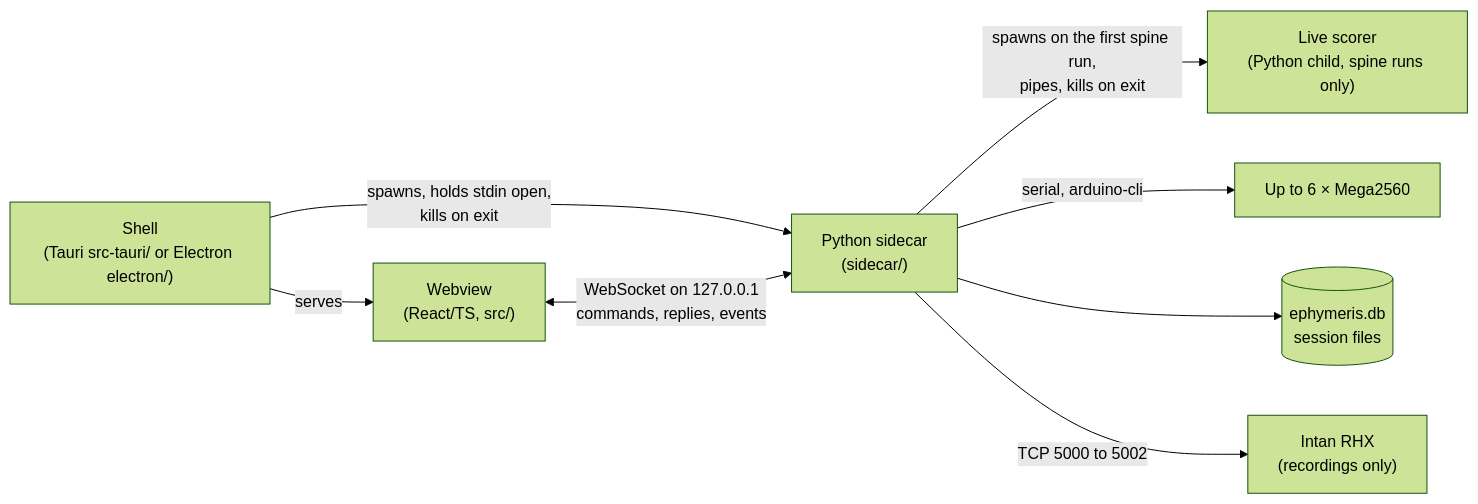
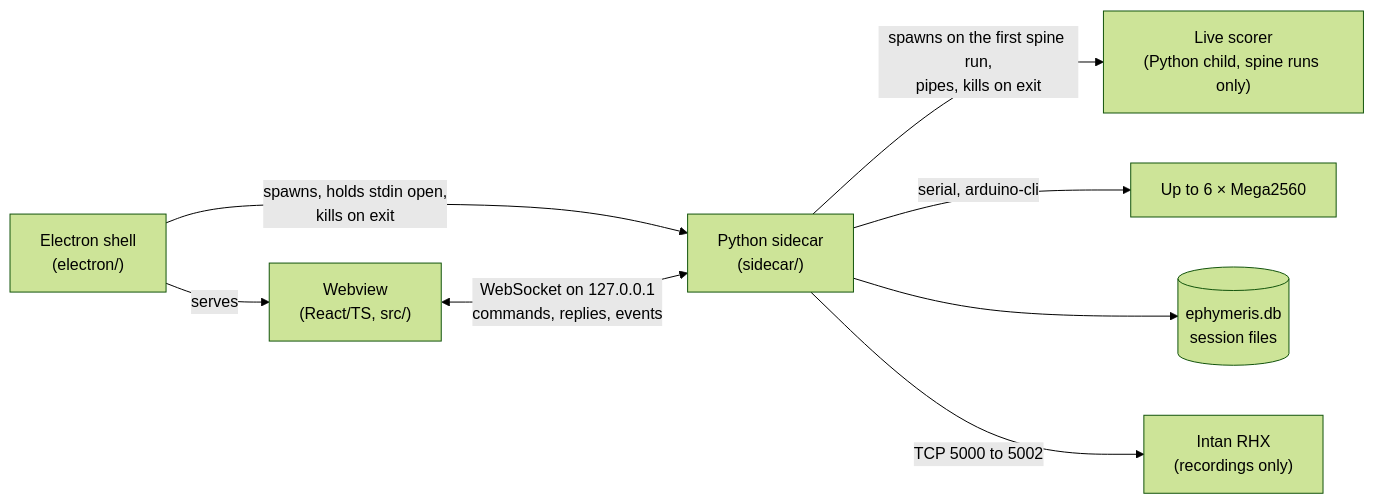
Before and after one commit to Chase-NJ/Ephymeris: the first of 8 diagrams in docs/ARCHITECTURE.md, drawn with Mermaid (forest theme). The commit also changed other lines of this file and 76 other files, not shown here.

First line of the commit message:
Remove the Tauri shell (ADR 0006) (#231)

````diff
--- a/docs/ARCHITECTURE.md
+++ b/docs/ARCHITECTURE.md
@@ -24,17 +24,17 @@
 ```mermaid
 flowchart LR
-    shell["Shell<br/>(Tauri src-tauri/ or Electron electron/)"]
+    shell["Electron shell<br/>(electron/)"]
     webview["Webview<br/>(React/TS, src/)"]
     sidecar["Python sidecar<br/>(sidecar/)"]
     boards["Up to 6 × Mega2560"]
     store[("ephymeris.db<br/>session files")]
     rhx["Intan RHX<br/>(recordings only)"]
     scorer["Live scorer<br/>(Python child, spine runs only)"]
     shell -->|"spawns, holds stdin open,<br/>kills on exit"| sidecar
     sidecar -->|"spawns on the first spine run,<br/>pipes, kills on exit"| scorer
     shell -->|"serves"| webview
     webview <-->|"WebSocket on 127.0.0.1<br/>commands, replies, events"| sidecar
     sidecar -->|"serial, arduino-cli"| boards
     sidecar --> store
     sidecar -->|"TCP 5000 to 5002"| rhx
 ```
````
